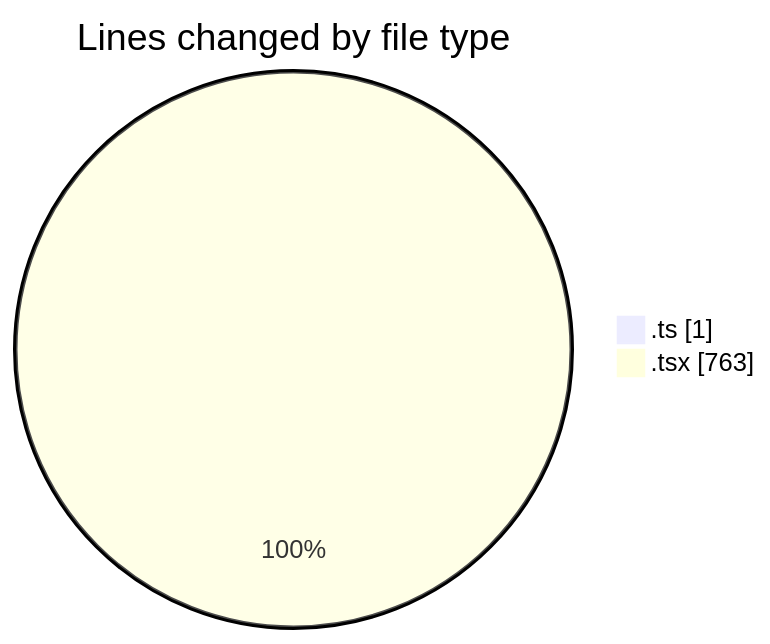
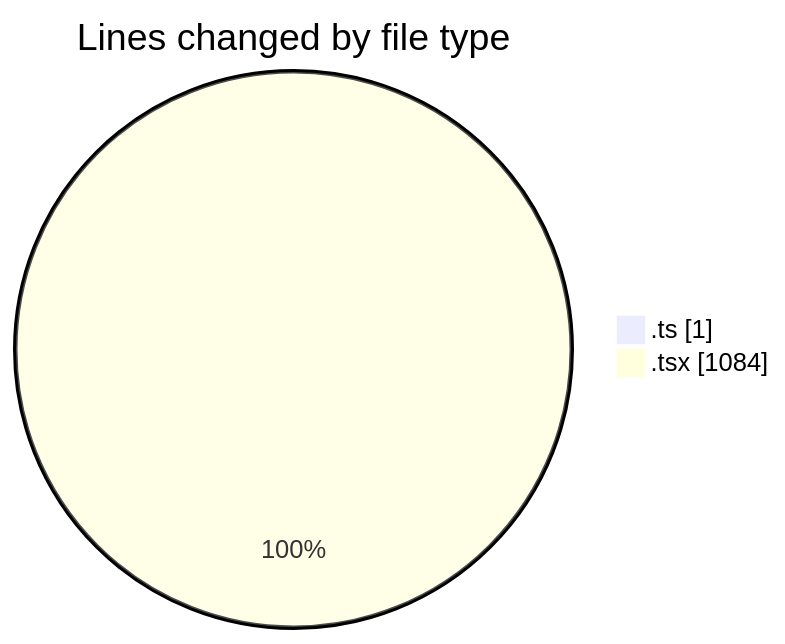
Before and after one commit to robertbonfada/code-tracking: the first of 2 diagrams in 2025-01-31/audiobooks-web/README.md, drawn with Mermaid. The commit also changed other lines of this file and 1 other file, not shown here.

````diff
--- a/2025-01-31/audiobooks-web/README.md
+++ b/2025-01-31/audiobooks-web/README.md
@@ -24,6 +26,6 @@
 ```mermaid
 pie showData
 title Lines changed by file type
 ".ts" : 1
-".tsx" : 763
+".tsx" : 1084
 ```
````
